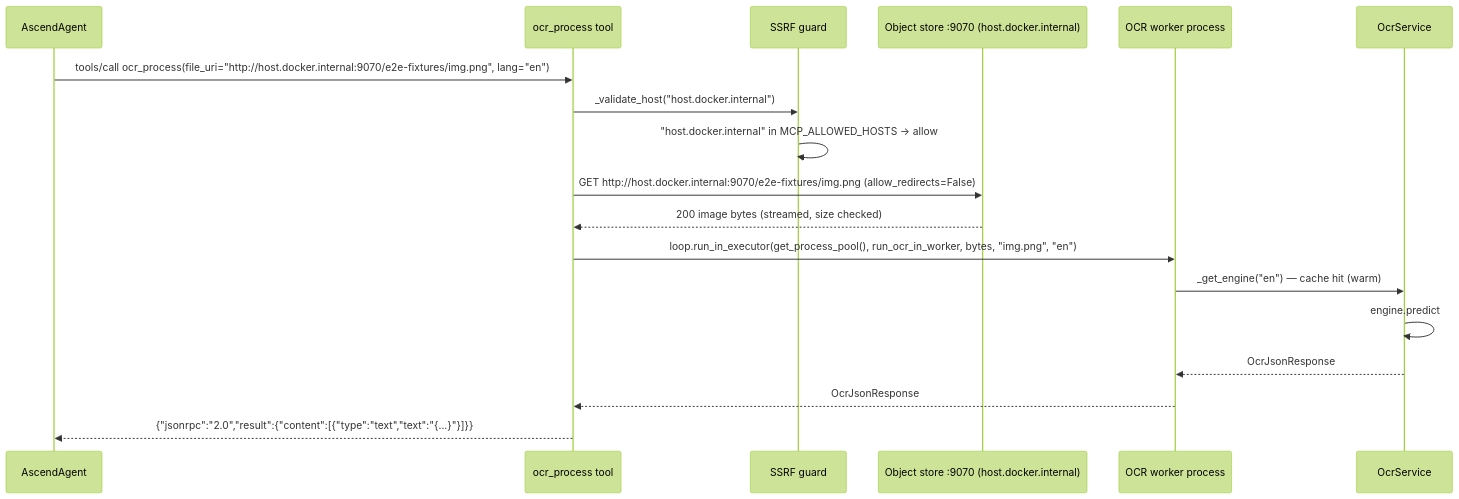
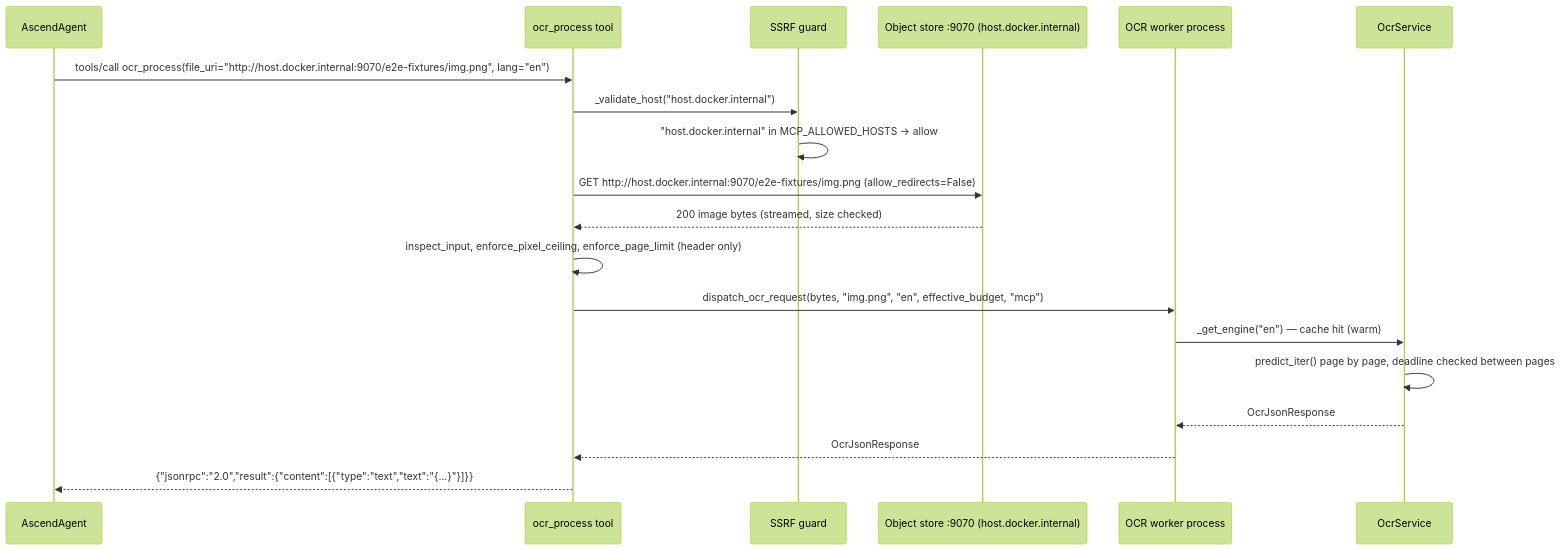
Before and after one commit to Lukk17/AscendAI: the fourth of 4 diagrams in PaddleOCR/docs/architecture/arc42/06-runtime-view.md, drawn with Mermaid (forest theme). The commit also changed other lines of this file and 32 other files, not shown here.

````diff
--- a/PaddleOCR/docs/architecture/arc42/06-runtime-view.md
+++ b/PaddleOCR/docs/architecture/arc42/06-runtime-view.md
@@ -61,21 +109,22 @@
 ```mermaid
 sequenceDiagram
     participant Agent as AscendAgent
     participant MCP as ocr_process tool
     participant Guard as SSRF guard
     participant ObjectStore as Object store :9070 (host.docker.internal)
     participant Pool as OCR worker process
     participant OcrSvc as OcrService
 
     Agent->>MCP: tools/call ocr_process(file_uri="http://host.docker.internal:9070/e2e-fixtures/img.png", lang="en")
     MCP->>Guard: _validate_host("host.docker.internal")
     Guard->>Guard: "host.docker.internal" in MCP_ALLOWED_HOSTS → allow
     MCP->>ObjectStore: GET http://host.docker.internal:9070/e2e-fixtures/img.png (allow_redirects=False)
     ObjectStore-->>MCP: 200 image bytes (streamed, size checked)
-    MCP->>Pool: loop.run_in_executor(get_process_pool(), run_ocr_in_worker, bytes, "img.png", "en")
+    MCP->>MCP: inspect_input, enforce_pixel_ceiling, enforce_page_limit (header only)
+    MCP->>Pool: dispatch_ocr_request(bytes, "img.png", "en", effective_budget, "mcp")
     Pool->>OcrSvc: _get_engine("en") — cache hit (warm)
-    OcrSvc->>OcrSvc: engine.predict
+    OcrSvc->>OcrSvc: predict_iter() page by page, deadline checked between pages
     OcrSvc-->>Pool: OcrJsonResponse
     Pool-->>MCP: OcrJsonResponse
     MCP-->>Agent: {"jsonrpc":"2.0","result":{"content":[{"type":"text","text":"{...}"}]}}
 ```
````
